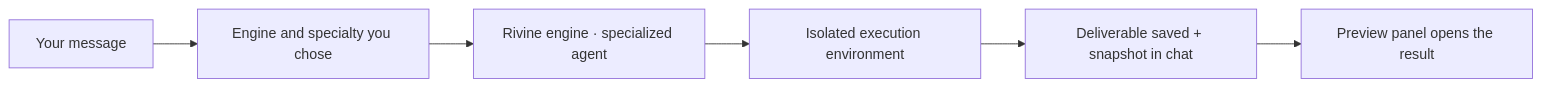
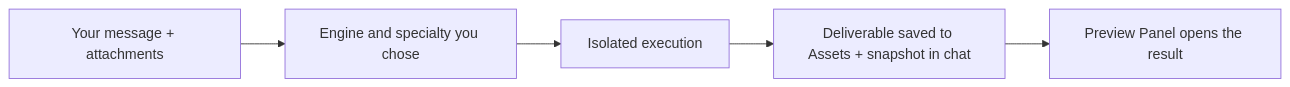
The first of 9 diagrams in Aselius Platform Documentations/aselius-workspace.md (Beunec/beunec-site-staging), drawn with Mermaid before and after one commit. The commit also changed other lines of this file and 99 other files, not shown here.

````diff
--- a/Aselius Platform Documentations/aselius-workspace.md
+++ b/Aselius Platform Documentations/aselius-workspace.md
@@ -75,8 +16,7 @@
 ```mermaid
 flowchart LR
-    M["Your message"] --> MED["Engine and specialty you chose"]
-    MED --> ENG["Rivine engine · specialized agent"]
-    ENG --> EX["Isolated execution environment"]
-    EX --> DEL["Deliverable saved + snapshot in chat"]
-    DEL --> PRE["Preview panel opens the result"]
+    M["Your message + attachments"] --> E["Engine and specialty you chose"]
+    E --> X["Isolated execution"]
+    X --> D["Deliverable saved to Assets + snapshot in chat"]
+    D --> P["Preview Panel opens the result"]
 ```
````
